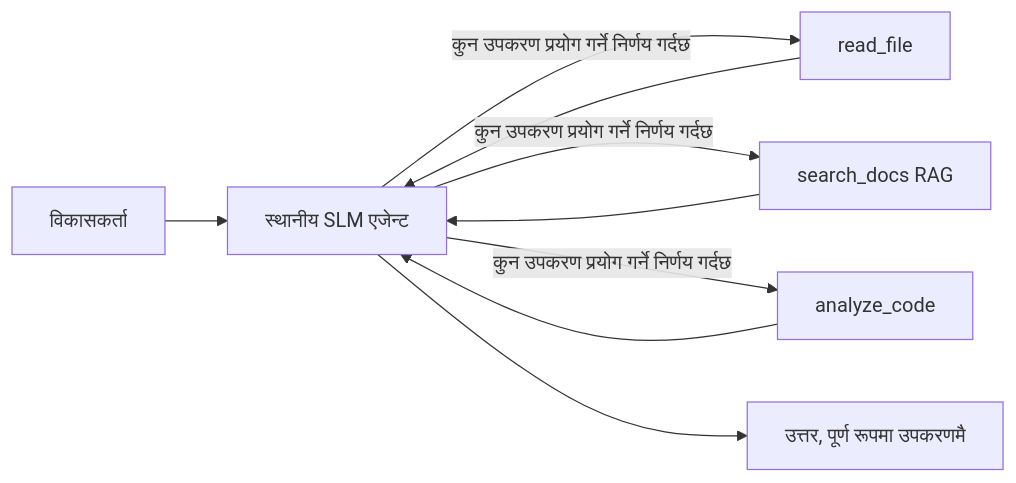
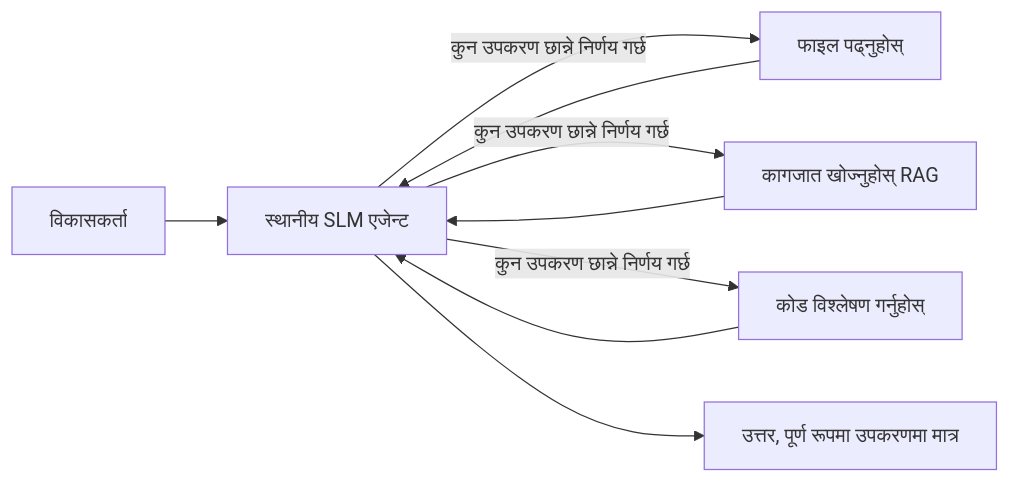
One commit to microsoft/ai-agents-for-beginners changed the first of 4 diagrams in translations/ne/17-creating-local-ai-agents/README.md. Above: the diagram before and after it, drawn with Mermaid. The commit also changed other lines of this file and 45 other files, not shown here.

````diff
--- a/translations/ne/17-creating-local-ai-agents/README.md
+++ b/translations/ne/17-creating-local-ai-agents/README.md
@@ -66,11 +66,11 @@
 ```mermaid
 flowchart LR
     U[विकासकर्ता] --> A[स्थानीय SLM एजेन्ट]
-    A -->|कुन उपकरण प्रयोग गर्ने निर्णय गर्दछ| T1[read_file]
-    A -->|कुन उपकरण प्रयोग गर्ने निर्णय गर्दछ| T2[search_docs RAG]
-    A -->|कुन उपकरण प्रयोग गर्ने निर्णय गर्दछ| T3[analyze_code]
+    A -->|कुन उपकरण छान्ने निर्णय गर्छ| T1[फाइल पढ्नुहोस्]
+    A -->|कुन उपकरण छान्ने निर्णय गर्छ| T2[कागजात खोज्नुहोस् RAG]
+    A -->|कुन उपकरण छान्ने निर्णय गर्छ| T3[कोड विश्लेषण गर्नुहोस्]
     T1 --> A
     T2 --> A
     T3 --> A
-    A --> R[उत्तर, पूर्ण रूपमा उपकरणमै]
+    A --> R[उत्तर, पूर्ण रूपमा उपकरणमा मात्र]
 ```
````
